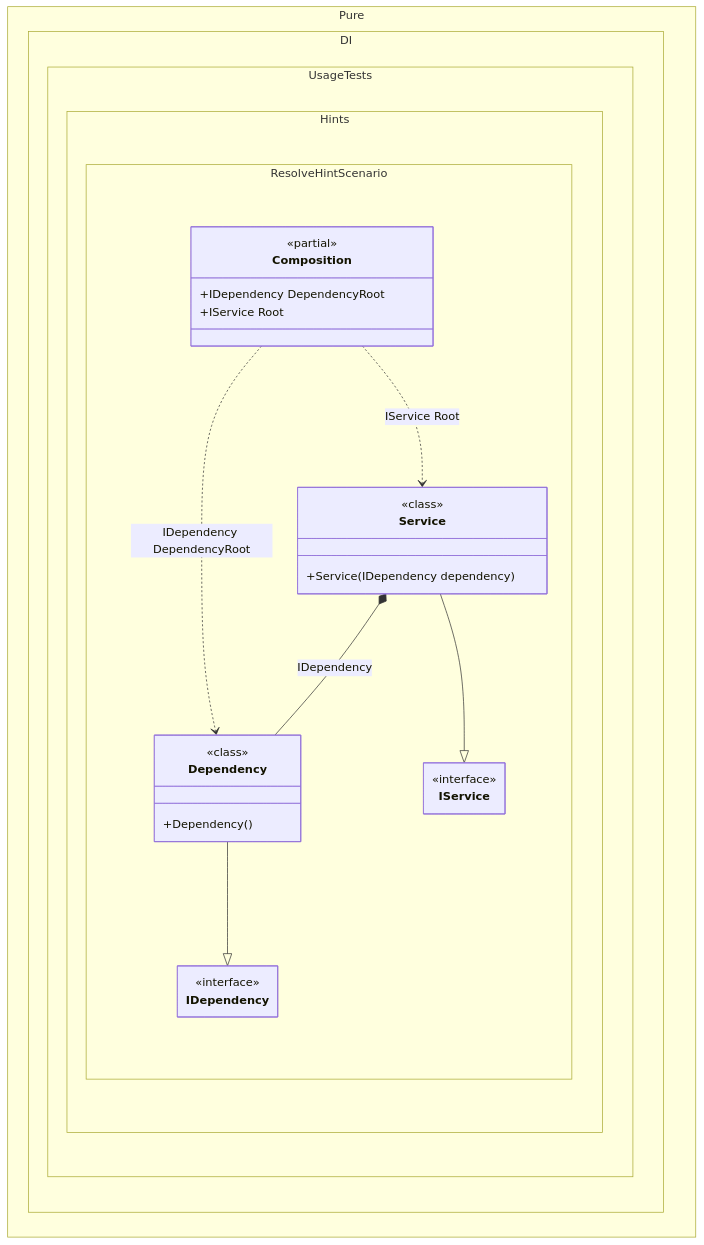
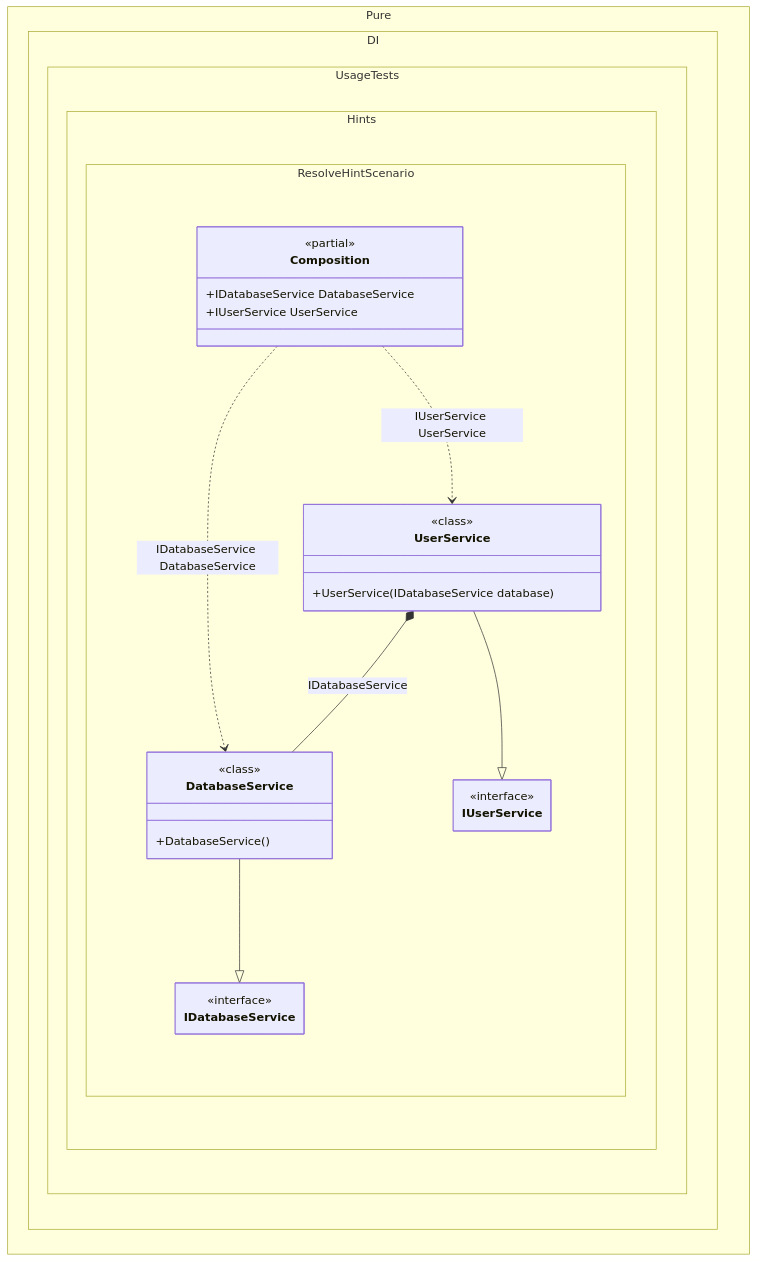
The diagram in readme/resolve-hint.md (DevTeam/Pure.DI), drawn with Mermaid before and after one commit. The commit also changed other lines of this file and 126 other files, not shown here.

````diff
--- a/readme/resolve-hint.md
+++ b/readme/resolve-hint.md
@@ -94,36 +102,36 @@
 ```mermaid
 ---
  config:
   maxTextSize: 2147483647
   maxEdges: 2147483647
   class:
    hideEmptyMembersBox: true
 ---
 classDiagram
-	Dependency --|> IDependency
-	Service --|> IService
-	Composition ..> Service : IService Root
-	Composition ..> Dependency : IDependency DependencyRoot
-	Service *--  Dependency : IDependency
+	DatabaseService --|> IDatabaseService
+	UserService --|> IUserService
+	Composition ..> UserService : IUserService UserService
+	Composition ..> DatabaseService : IDatabaseService DatabaseService
+	UserService *--  DatabaseService : IDatabaseService
 	namespace Pure.DI.UsageTests.Hints.ResolveHintScenario {
 		class Composition {
 		<<partial>>
-		+IDependency DependencyRoot
-		+IService Root
+		+IDatabaseService DatabaseService
+		+IUserService UserService
 		}
-		class Dependency {
+		class DatabaseService {
 				<<class>>
-			+Dependency()
+			+DatabaseService()
 		}
-		class IDependency {
+		class IDatabaseService {
 			<<interface>>
 		}
-		class IService {
+		class IUserService {
 			<<interface>>
 		}
-		class Service {
+		class UserService {
 				<<class>>
-			+Service(IDependency dependency)
+			+UserService(IDatabaseService database)
 		}
 	}
 ```
````
